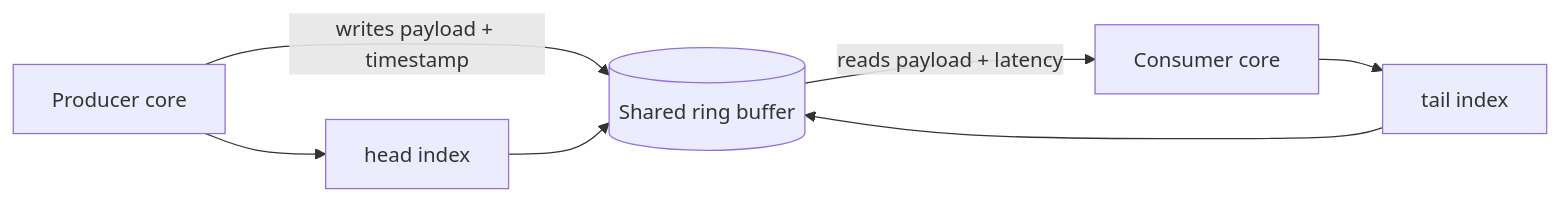
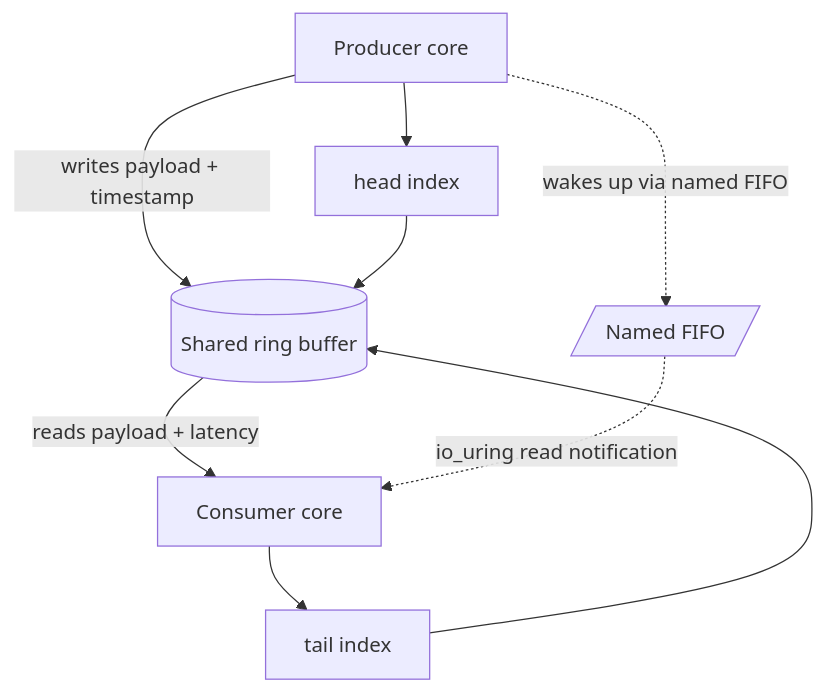
Before and after one commit to Rahul09123/io_uring-IPC: the diagram in ipc_implementation_documentation.md, drawn with Mermaid. The commit also changed other lines of this file and 12 other files, not shown here.

Commit message:
Optimize io_uring SPSC signaling with named FIFO and submit_and_wait

````diff
--- a/ipc_implementation_documentation.md
+++ b/ipc_implementation_documentation.md
@@ -151,9 +151,11 @@
 ```mermaid
-flowchart LR
+flowchart TD
 	P[Producer core] -->|writes payload + timestamp| R[(Shared ring buffer)]
 	R -->|reads payload + latency| C[Consumer core]
 	P --> H[head index]
 	C --> T[tail index]
 	H --> R
 	T --> R
+	P -.->|wakes up via named FIFO| F[/Named FIFO/]
+	F -.->|io_uring read notification| C
 ```
````
